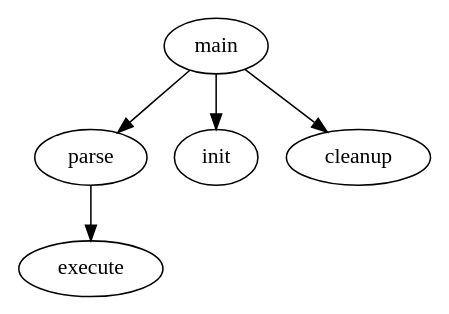
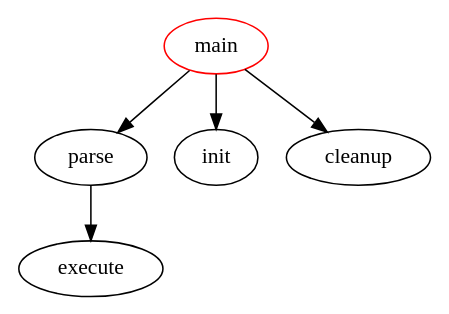
Before and after one commit to ryskajakub/crm: the diagram in helpers/machines-graph.dot, drawn with Graphviz. The commit also changed 1 other file, not shown here.

```diff
--- a/helpers/machines-graph.dot
+++ b/helpers/machines-graph.dot
@@ -1,4 +1,5 @@
 digraph {
   main -> parse -> execute;
   main -> init;
-  main -> cleanup }
+  main -> cleanup;
+  main [color = red] }
```
